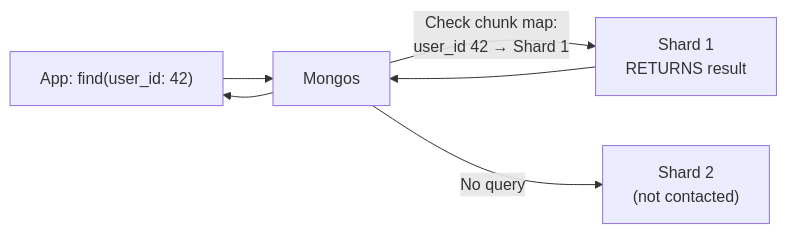
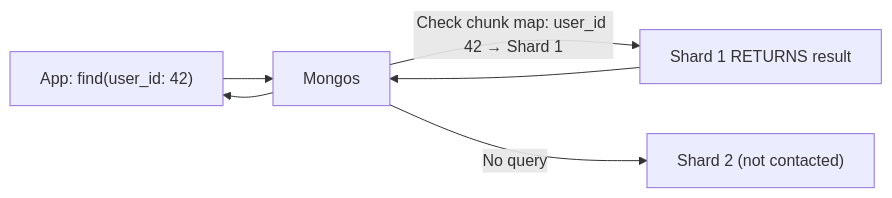
Before and after one commit to afekash/project_shopflow-afek: the fourth of 6 diagrams in materials/nosql/05-mongodb-sharding/01-sharding-architecture.md, drawn with Mermaid. The commit also changed other lines of this file and 5 other files, not shown here.

````diff
--- a/materials/nosql/05-mongodb-sharding/01-sharding-architecture.md
+++ b/materials/nosql/05-mongodb-sharding/01-sharding-architecture.md
@@ -166,8 +166,8 @@
 ```mermaid
 graph LR
     App["App: find(user_id: 42)"] --> Mongos
-    Mongos -->|"Check chunk map:\nuser_id 42 → Shard 1"| S1["Shard 1\nRETURNS result"]
-    Mongos -->|"No query"| S2["Shard 2\n(not contacted)"]
+    Mongos -->|"Check chunk map: user_id 42 → Shard 1"| S1["Shard 1 RETURNS result"]
+    Mongos -->|"No query"| S2["Shard 2 (not contacted)"]
     S1 --> Mongos
     Mongos --> App
 ```
````
